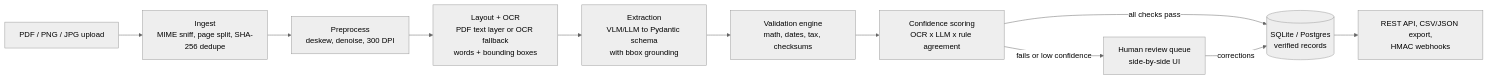
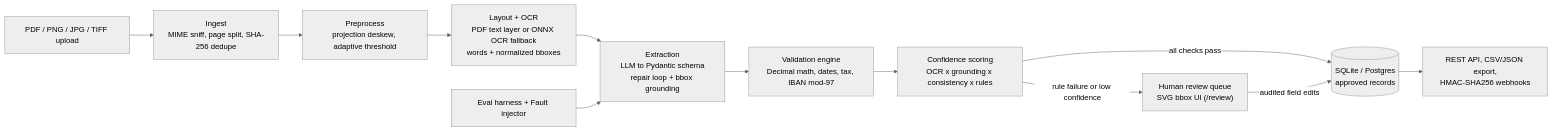
One commit to Exryz/docextract changed the diagram in README.md. Above: the diagram before and after it, drawn with Mermaid (neutral theme). The commit also changed other lines of this file, not shown here.

Commit message:
docs(readme): document architecture, REST/webhook API, review UI, and eval benchmarks

````diff
--- a/README.md
+++ b/README.md
@@ -14,13 +22,14 @@
 ```mermaid
 flowchart LR
-    IN["PDF / PNG / JPG upload"] --> ING["Ingest<br/>MIME sniff, page split, SHA-256 dedupe"]
-    ING --> PRE["Preprocess<br/>deskew, denoise, 300 DPI"]
-    PRE --> LAY["Layout + OCR<br/>PDF text layer or OCR fallback<br/>words + bounding boxes"]
-    LAY --> EXT["Extraction<br/>VLM/LLM to Pydantic schema<br/>with bbox grounding"]
-    EXT --> VAL["Validation engine<br/>math, dates, tax, checksums"]
-    VAL --> CONF["Confidence scoring<br/>OCR x LLM x rule agreement"]
-    CONF -->|"all checks pass"| DB[("SQLite / Postgres<br/>verified records")]
-    CONF -->|"fails or low confidence"| RQ["Human review queue<br/>side-by-side UI"]
-    RQ -->|"corrections"| DB
-    DB --> OUT["REST API, CSV/JSON export,<br/>HMAC webhooks"]
+    IN["PDF / PNG / JPG / TIFF upload"] --> ING["Ingest<br/>MIME sniff, page split, SHA-256 dedupe"]
+    ING --> PRE["Preprocess<br/>projection deskew, adaptive threshold"]
+    PRE --> LAY["Layout + OCR<br/>PDF text layer or ONNX OCR fallback<br/>words + normalized bboxes"]
+    LAY --> EXT["Extraction<br/>LLM to Pydantic schema<br/>repair loop + bbox grounding"]
+    EXT --> VAL["Validation engine<br/>Decimal math, dates, tax, IBAN mod-97"]
+    VAL --> CONF["Confidence scoring<br/>OCR x grounding x consistency x rules"]
+    CONF -->|"all checks pass"| DB[("SQLite / Postgres<br/>approved records")]
+    CONF -->|"rule failure or low confidence"| RQ["Human review queue<br/>SVG bbox UI (/review)"]
+    RQ -->|"audited field edits"| DB
+    DB --> OUT["REST API, CSV/JSON export,<br/>HMAC-SHA256 webhooks"]
+    EVAL["Eval harness + Fault injector"] --> EXT
 ```
````
